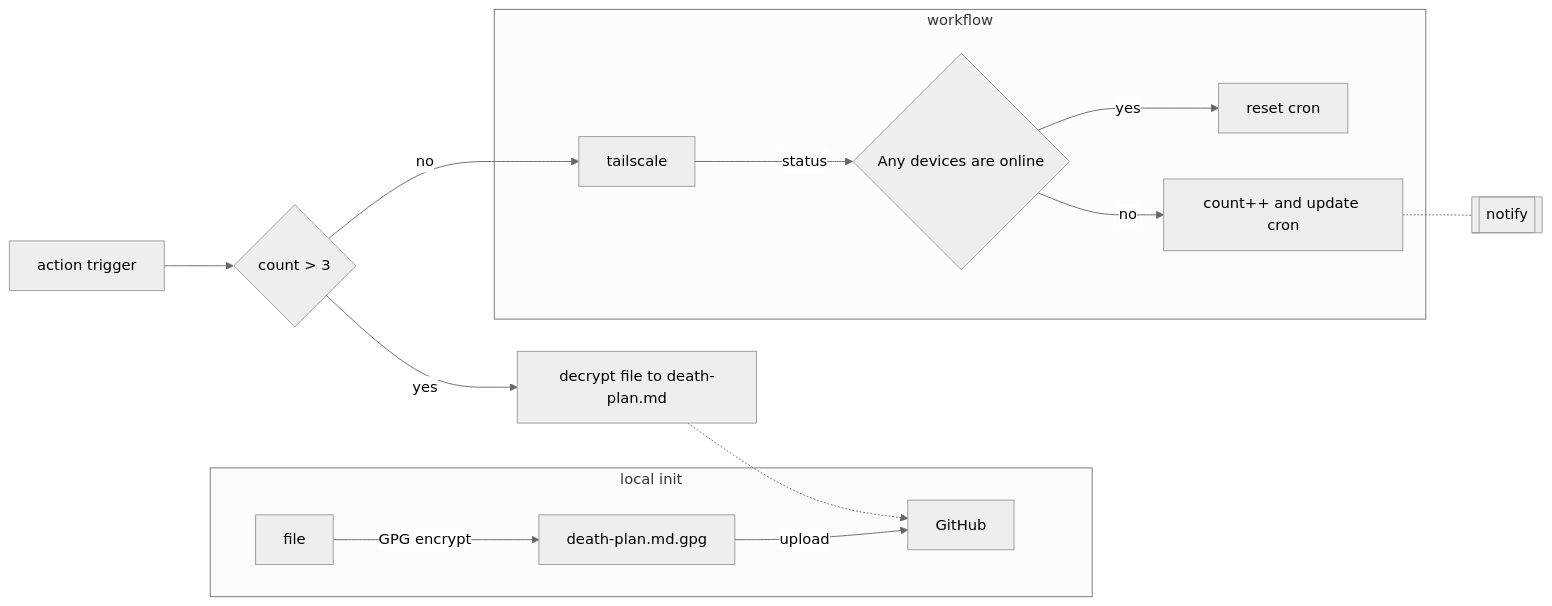
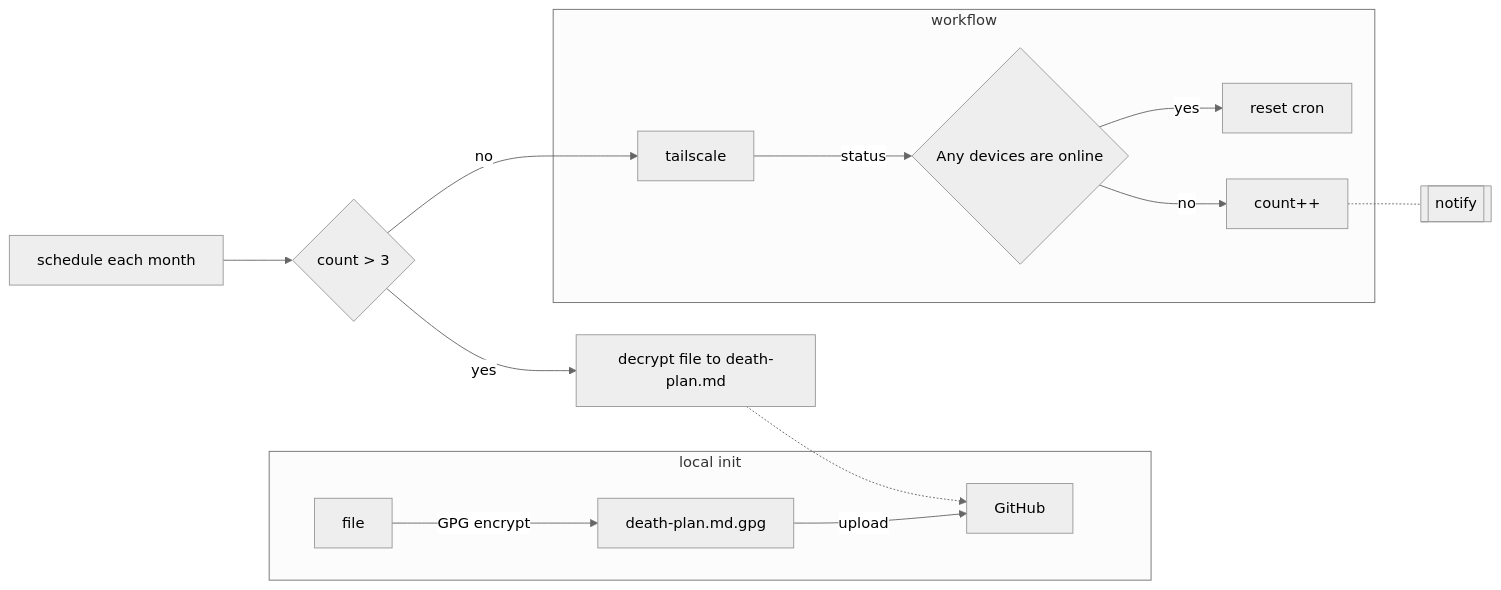
One commit to bxb100/death-plan changed the diagram in README.md. Above: the diagram before and after it, drawn with Mermaid (neutral theme). The commit also changed other lines of this file and 1 other file, not shown here.

Commit message:
CI: schedule each month in case token expired

````diff
--- a/README.md
+++ b/README.md
@@ -16,19 +16,19 @@
 ```mermaid
 flowchart LR
     subgraph "local init"
         A[file] -->|GPG encrypt| B[death-plan.md.gpg]
         B --> |upload|C[GitHub]
     end
 
     subgraph "workflow"
         D[tailscale] -->|status| id1{Any devices are online}
         id1 -->|yes| F0[reset cron]
-        id1 -->|no| G[count++ and update cron]
+        id1 -->|no| G[count++]
     end
 
     G -.- End[[notify]]
-    H[action trigger] --> id2{count > 3}
+    H[schedule each month] --> id2{count > 3}
     id2 -->|no| D
     id2 -->|yes| F1[decrypt file to death-plan.md]
     F1 -.-> C
 ```
````
